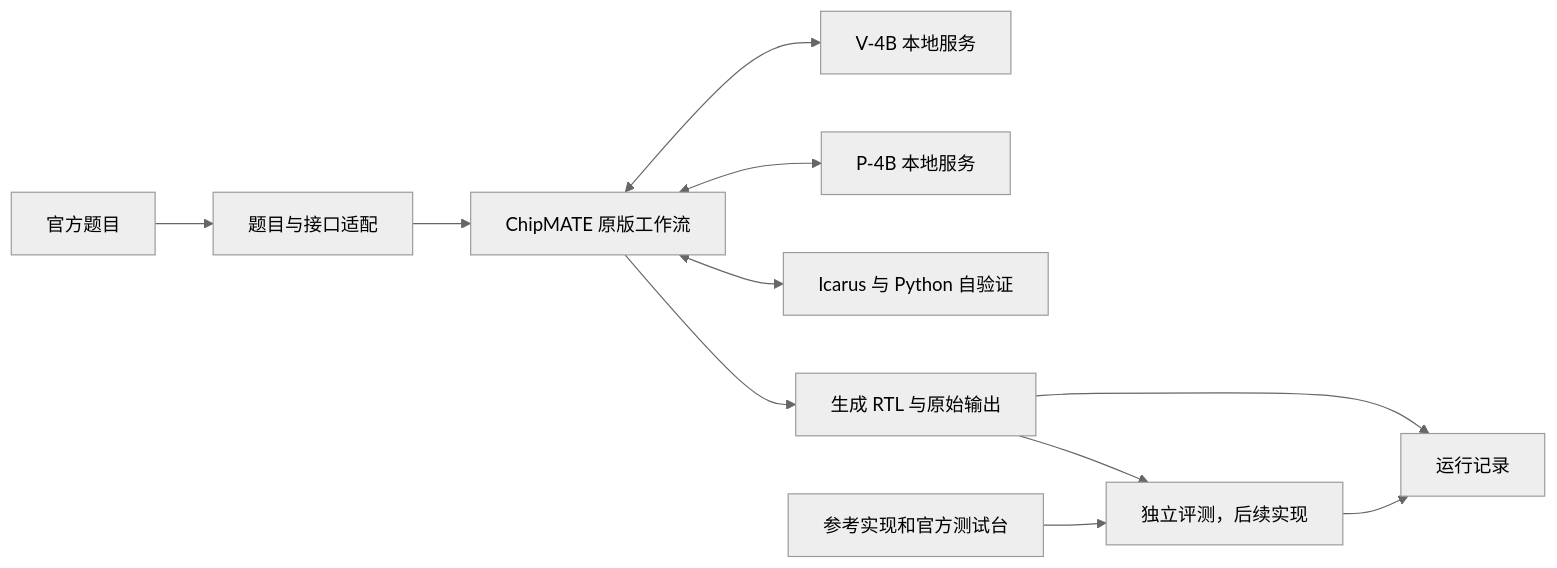
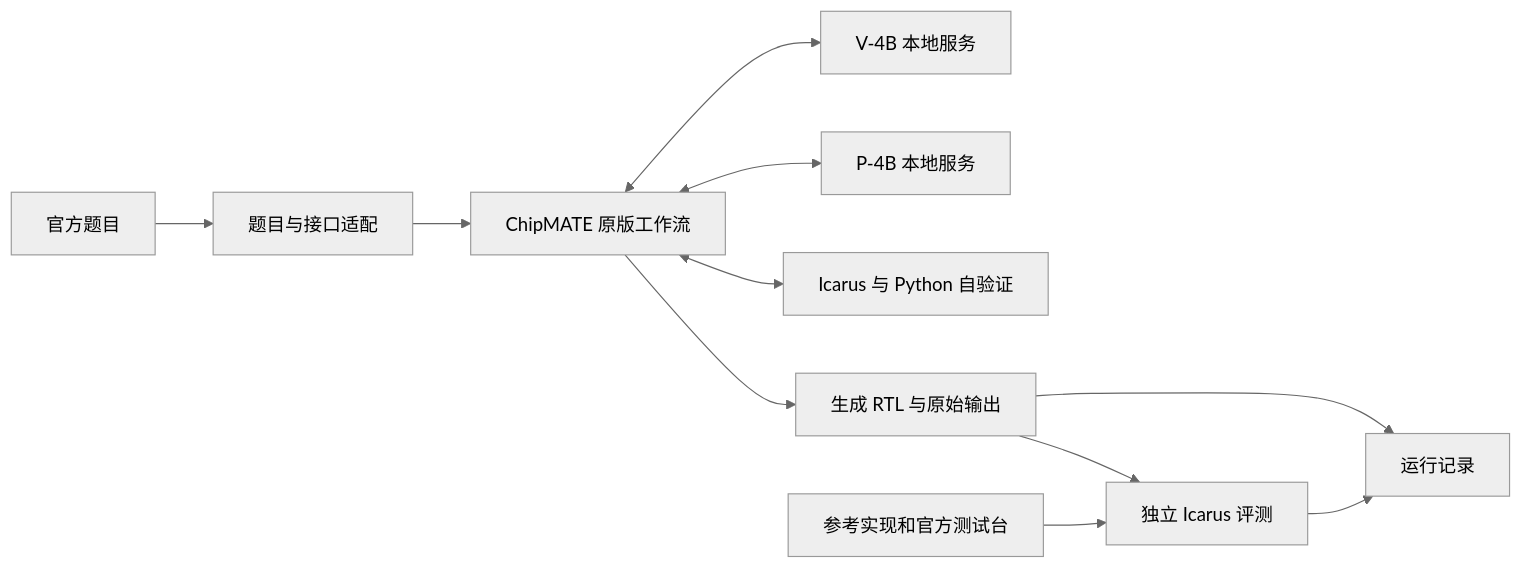
One commit to fusang991/qiansai changed the diagram in docs/architecture.md. Above: the diagram before and after it, drawn with Mermaid (neutral theme). The commit also changed other lines of this file and 28 other files, not shown here.

````diff
--- a/docs/architecture.md
+++ b/docs/architecture.md
@@ -67,13 +73,13 @@
 ```mermaid
 flowchart LR
     D[官方题目] --> P[题目与接口适配]
     P --> A[ChipMATE 原版工作流]
     A <--> V[V-4B 本地服务]
     A <--> M[P-4B 本地服务]
     A <--> I[Icarus 与 Python 自验证]
     A --> O[生成 RTL 与原始输出]
-    O --> E[独立评测，后续实现]
+    O --> E[独立 Icarus 评测]
     R[参考实现和官方测试台] --> E
     O --> L[运行记录]
     E --> L
 ```
````
